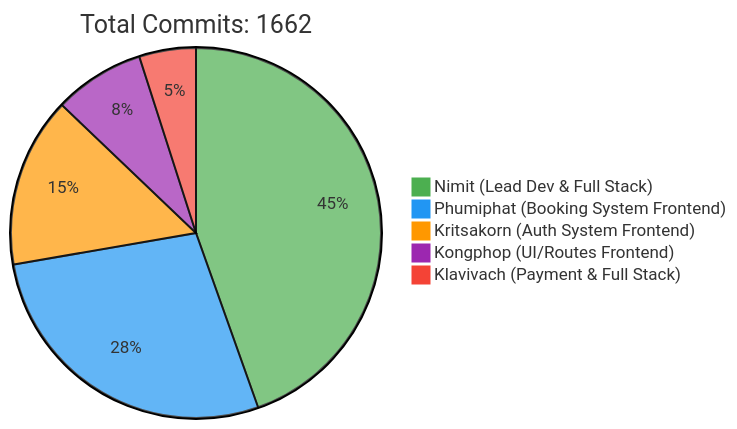
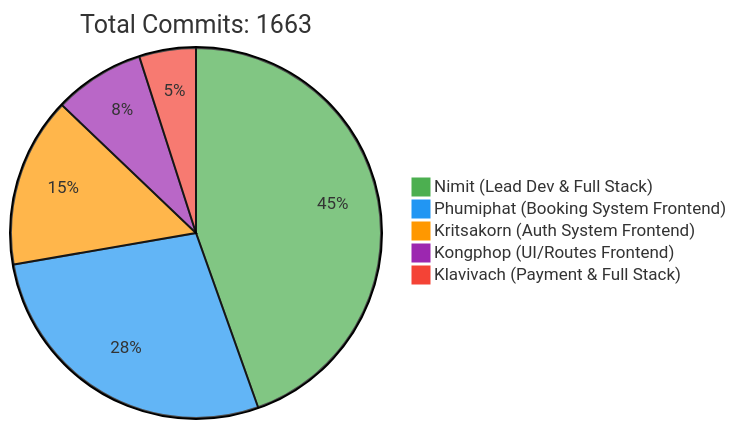
One commit to 6531503042/Sport-Complex changed the first of 2 diagrams in README.md. Above: the diagram before and after it, drawn with Mermaid. The commit also changed other lines of this file, not shown here.

Commit message:
docs: Update contributor statistics [skip ci]

````diff
--- a/README.md
+++ b/README.md
@@ -257,10 +257,10 @@
 ```mermaid
 %%{init: {'theme': 'base', 'themeVariables': { 'pie1': '#4CAF50', 'pie2': '#2196F3', 'pie3': '#FF9800', 'pie4': '#9C27B0', 'pie5': '#F44336'}}}%%
 pie
-    title Total Commits: 1662
+    title Total Commits: 1663
     "Nimit (Lead Dev & Full Stack)" : 450
     "Phumiphat (Booking System Frontend)" : 280
     "Kritsakorn (Auth System Frontend)" : 150
     "Kongphop (UI/Routes Frontend)" : 80
     "Klavivach (Payment & Full Stack)" : 50
 ```
````
